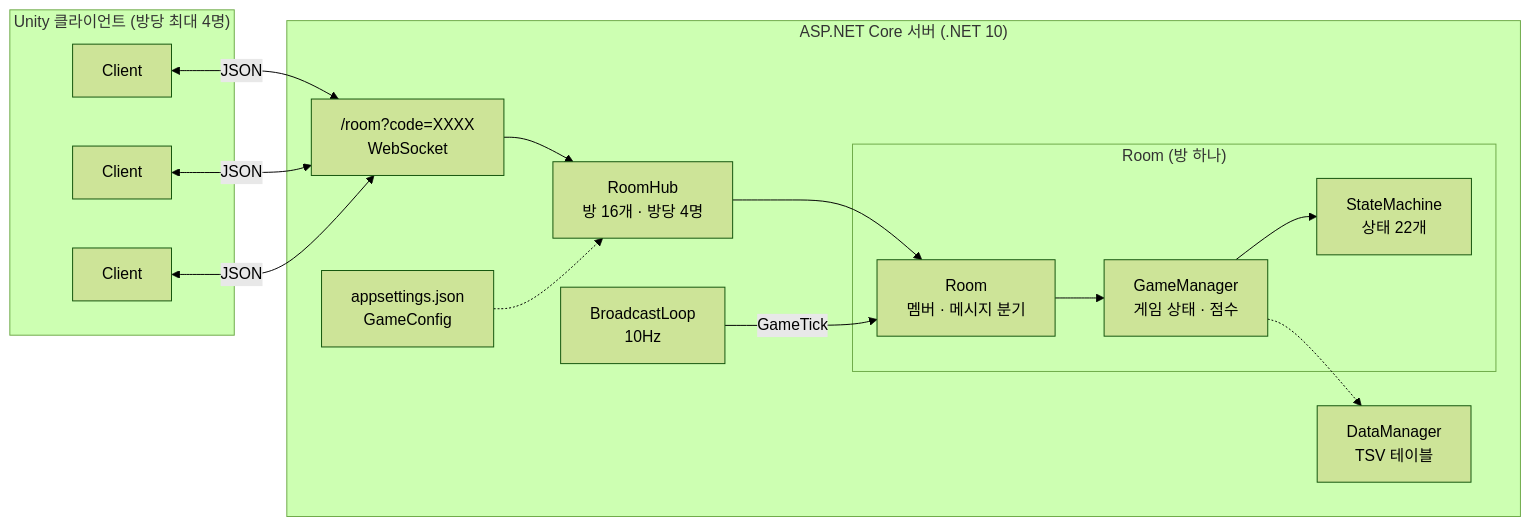
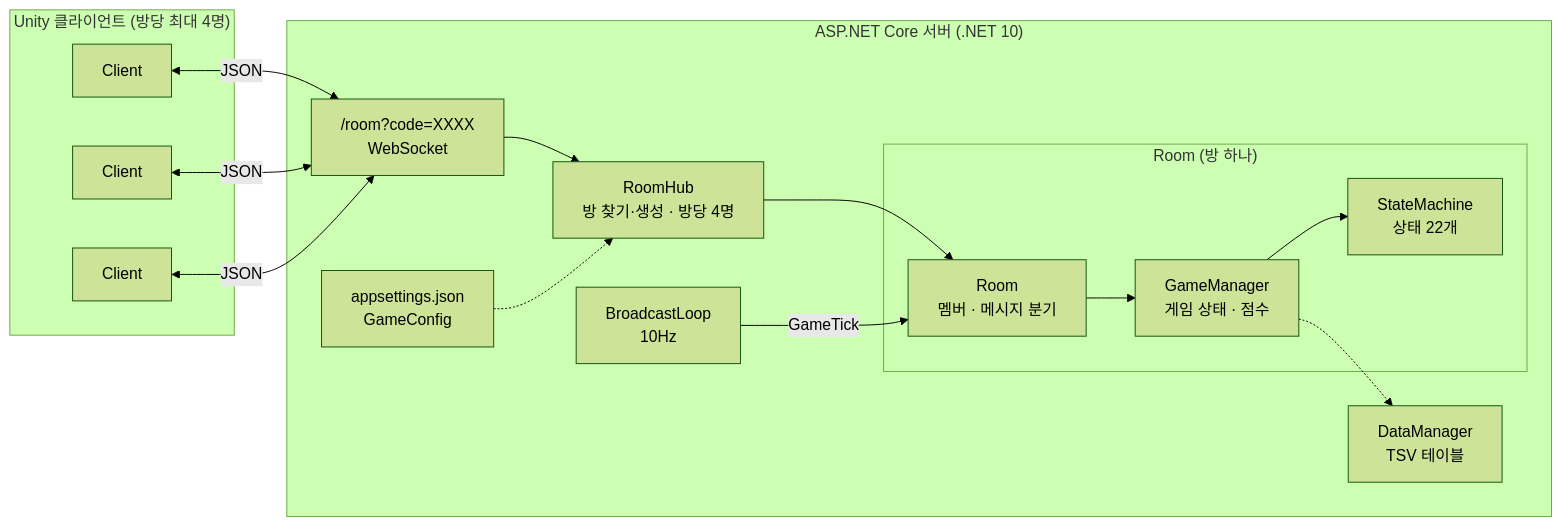
Before and after one commit to krr6606/krr6606.github.io: the first of 6 diagrams in src/2-sh-server/기술문서.md, drawn with Mermaid (forest theme). The commit also changed other lines of this file and 6 other files, not shown here.

````diff
--- a/src/2-sh-server/기술문서.md
+++ b/src/2-sh-server/기술문서.md
@@ -66,26 +66,26 @@
 ```mermaid
 flowchart LR
     subgraph Clients["Unity 클라이언트 (방당 최대 4명)"]
         C1[Client]
         C2[Client]
         C3[Client]
     end
     subgraph Server["ASP.NET Core 서버 (.NET 10)"]
         EP["/room?code=XXXX<br/>WebSocket"]
-        HUB["RoomHub<br/>방 16개 · 방당 4명"]
+        HUB["RoomHub<br/>방 찾기·생성 · 방당 4명"]
         TICK["BroadcastLoop<br/>10Hz"]
         subgraph RoomBox["Room (방 하나)"]
             ROOM["Room<br/>멤버 · 메시지 분기"]
             GM["GameManager<br/>게임 상태 · 점수"]
             FSM["StateMachine<br/>상태 22개"]
         end
         CFG["appsettings.json<br/>GameConfig"]
         DM["DataManager<br/>TSV 테이블"]
     end
     C1 & C2 & C3 <-->|"JSON"| EP
     EP --> HUB --> ROOM
     TICK -->|"GameTick"| ROOM
     ROOM --> GM --> FSM
     CFG -.-> HUB
     GM -.-> DM
 ```
````
